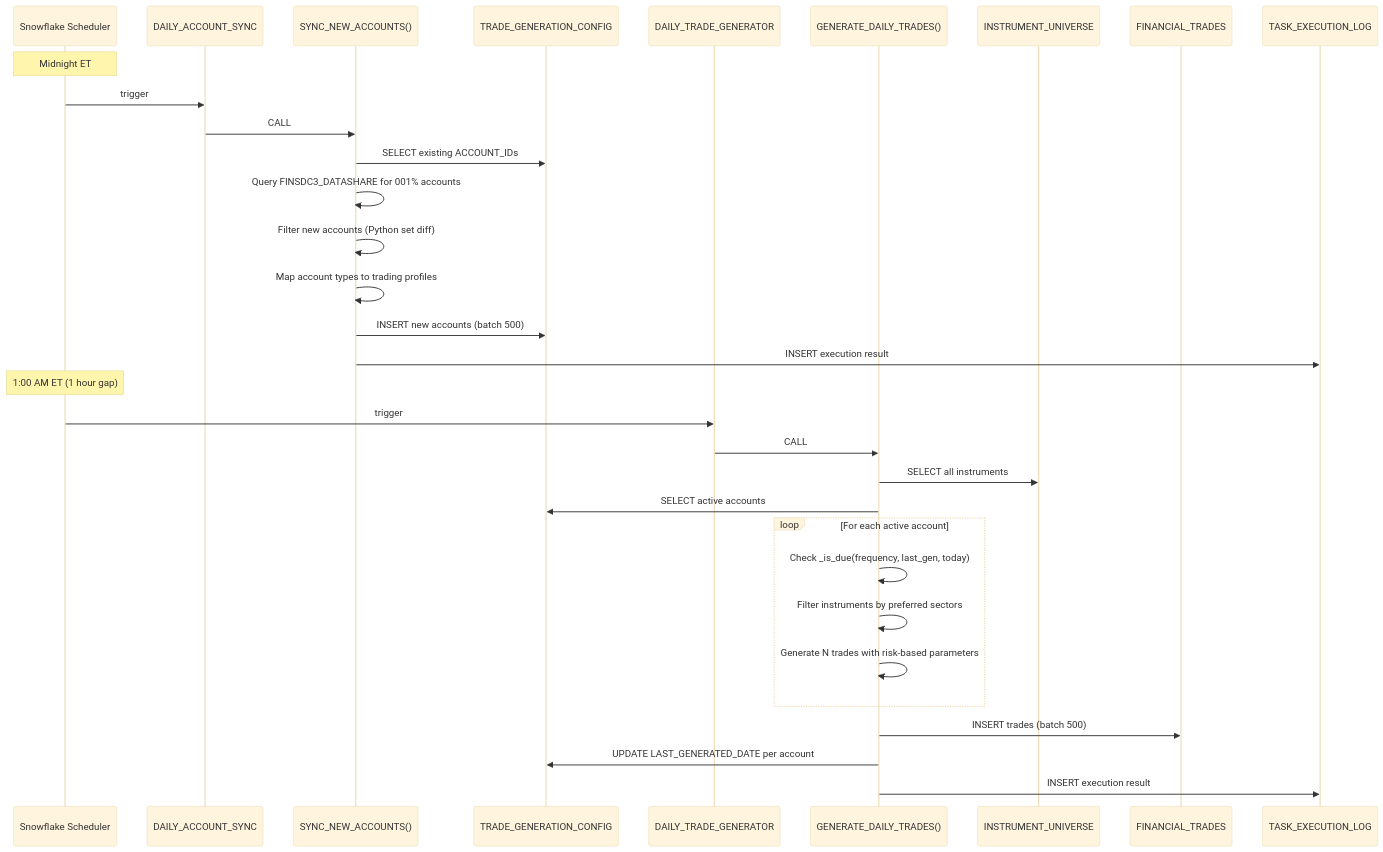
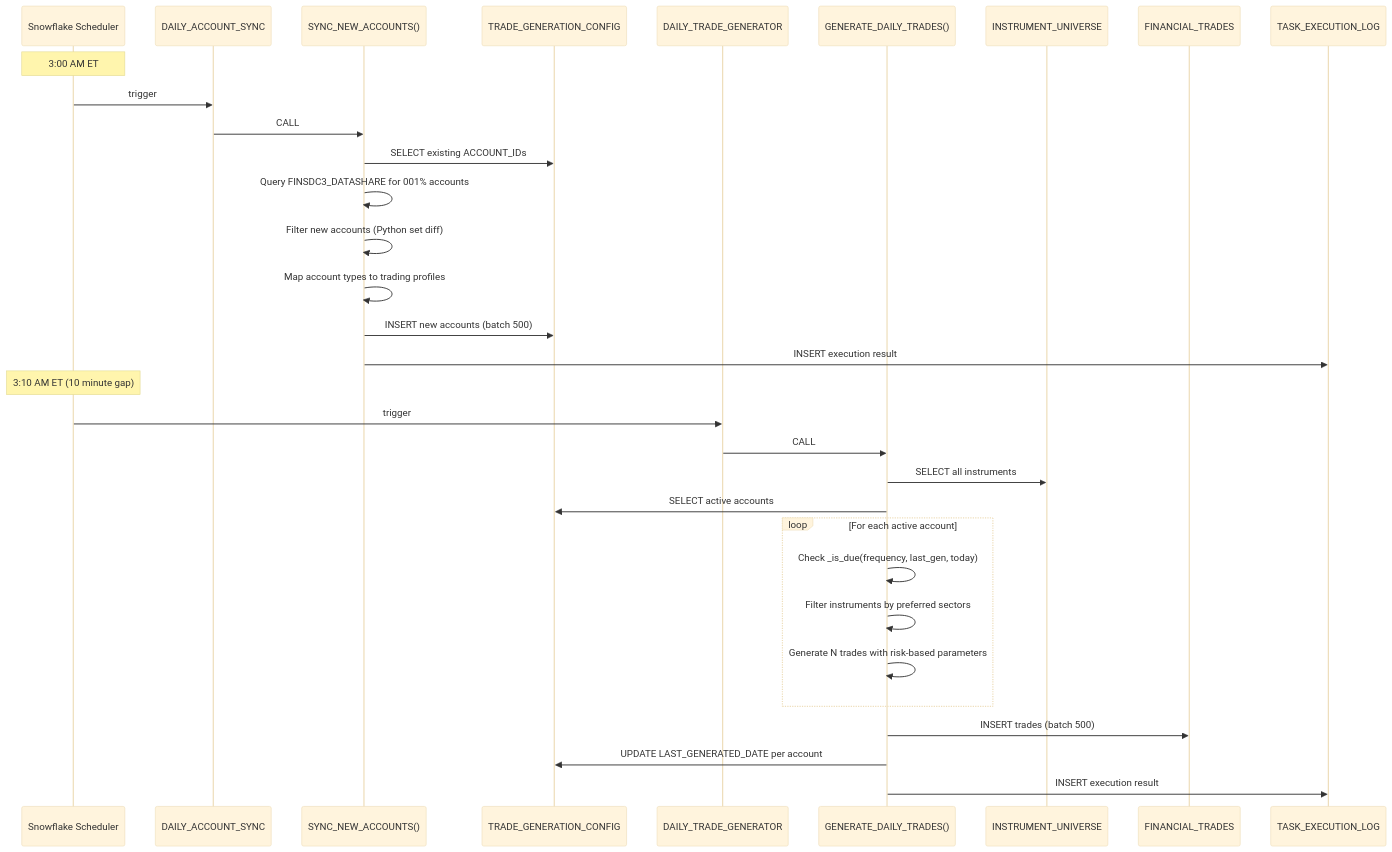
One commit to josers18/JDO changed the third of 3 diagrams in Financial_Trades_Generation/docs/architecture.md. Above: the diagram before and after it, drawn with Mermaid (base theme). The commit also changed other lines of this file and 103 other files, not shown here.

````diff
--- a/Financial_Trades_Generation/docs/architecture.md
+++ b/Financial_Trades_Generation/docs/architecture.md
@@ -111,36 +111,36 @@
 ```mermaid
 sequenceDiagram
     participant CRON as Snowflake Scheduler
     participant SYNC as DAILY_ACCOUNT_SYNC
     participant SP1 as SYNC_NEW_ACCOUNTS()
     participant CFG as TRADE_GENERATION_CONFIG
     participant GEN as DAILY_TRADE_GENERATOR
     participant SP2 as GENERATE_DAILY_TRADES()
     participant IU as INSTRUMENT_UNIVERSE
     participant FT as FINANCIAL_TRADES
     participant LOG as TASK_EXECUTION_LOG
 
-    Note over CRON: Midnight ET
+    Note over CRON: 3:00 AM ET
     CRON->>SYNC: trigger
     SYNC->>SP1: CALL
     SP1->>CFG: SELECT existing ACCOUNT_IDs
     SP1->>SP1: Query FINSDC3_DATASHARE for 001% accounts
     SP1->>SP1: Filter new accounts (Python set diff)
     SP1->>SP1: Map account types to trading profiles
     SP1->>CFG: INSERT new accounts (batch 500)
     SP1->>LOG: INSERT execution result
 
-    Note over CRON: 1:00 AM ET (1 hour gap)
+    Note over CRON: 3:10 AM ET (10 minute gap)
     CRON->>GEN: trigger
     GEN->>SP2: CALL
     SP2->>IU: SELECT all instruments
     SP2->>CFG: SELECT active accounts
     loop For each active account
         SP2->>SP2: Check _is_due(frequency, last_gen, today)
         SP2->>SP2: Filter instruments by preferred sectors
         SP2->>SP2: Generate N trades with risk-based parameters
     end
     SP2->>FT: INSERT trades (batch 500)
     SP2->>CFG: UPDATE LAST_GENERATED_DATE per account
     SP2->>LOG: INSERT execution result
 ```
````
